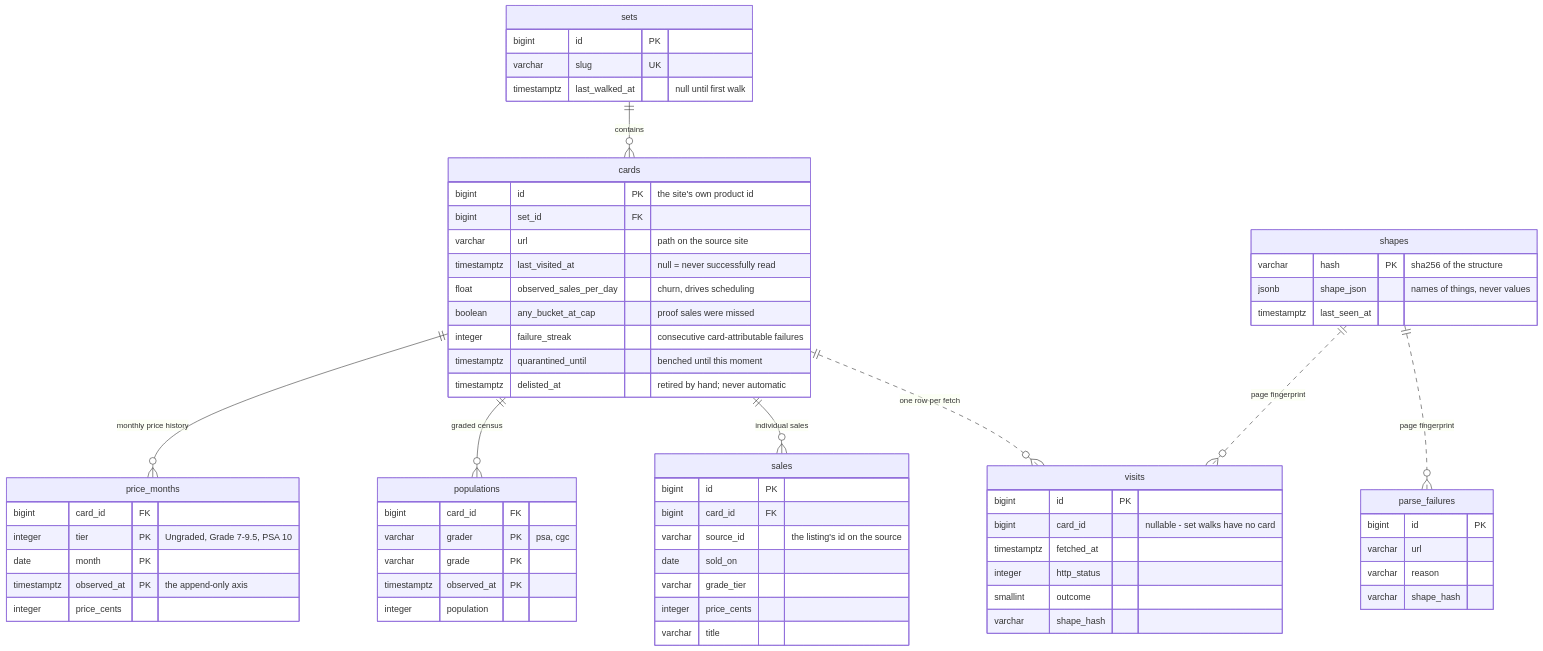
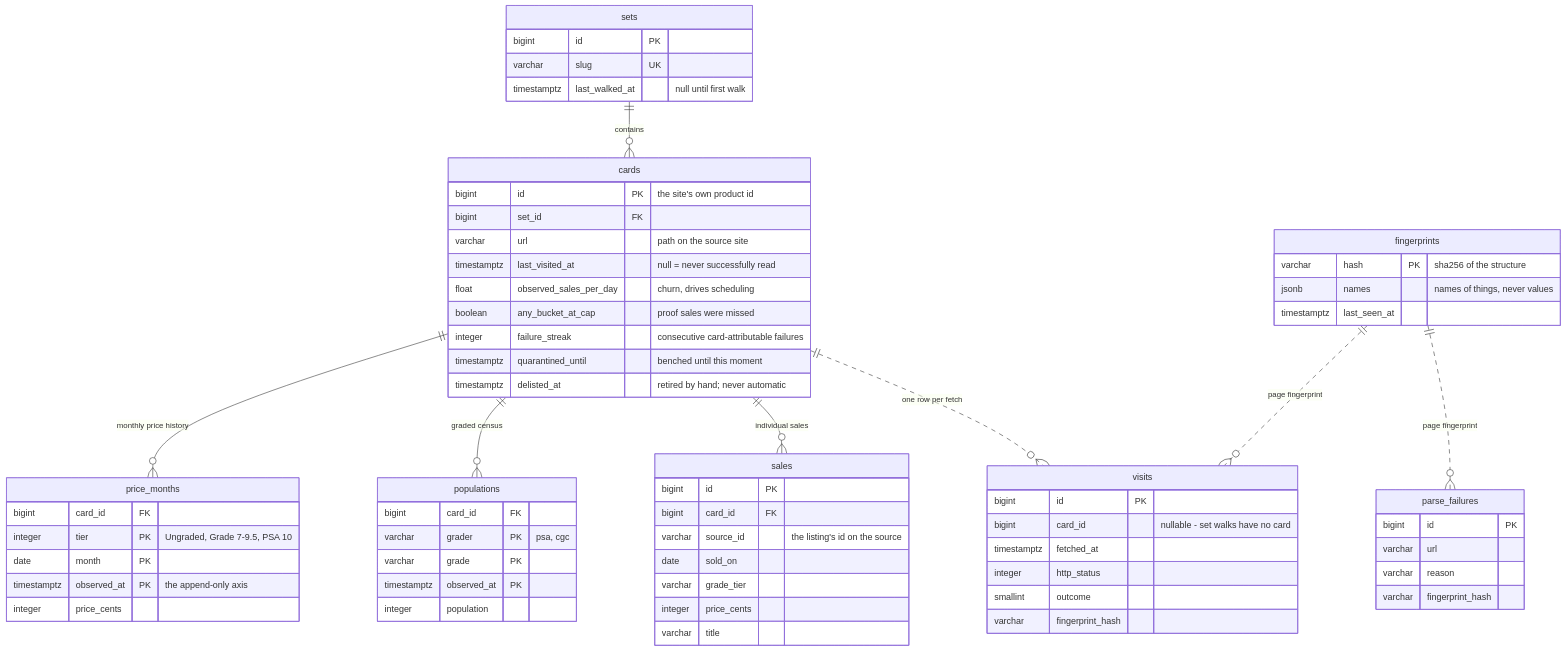
The diagram in README.md (bushscott/PokemonInvestBatch), drawn with Mermaid before and after one commit. The commit also changed other lines of this file and 2 other files, not shown here.

Commit message:
The map and the glossary learn the new word
The ER diagram, the grant recipe and both glossary entries follow the rename.
The fingerprint entry also drops "structure-only hash (layout, not values)",
which was the description that made the alarm sound like it meant more than
it did.

````diff
--- a/README.md
+++ b/README.md
@@ -213,69 +213,69 @@
 ```mermaid
 erDiagram
     sets  ||--o{ cards          : "contains"
     cards ||--o{ price_months   : "monthly price history"
     cards ||--o{ populations    : "graded census"
     cards ||--o{ sales          : "individual sales"
     cards ||..o{ visits         : "one row per fetch"
-    shapes ||..o{ visits        : "page fingerprint"
-    shapes ||..o{ parse_failures : "page fingerprint"
+    fingerprints ||..o{ visits        : "page fingerprint"
+    fingerprints ||..o{ parse_failures : "page fingerprint"
 
     sets {
         bigint      id             PK
         varchar     slug           UK
         timestamptz last_walked_at "null until first walk"
     }
     cards {
         bigint      id                     PK "the site's own product id"
         bigint      set_id                 FK
         varchar     url                    "path on the source site"
         timestamptz last_visited_at        "null = never successfully read"
         float       observed_sales_per_day "churn, drives scheduling"
         boolean     any_bucket_at_cap      "proof sales were missed"
         integer     failure_streak         "consecutive card-attributable failures"
         timestamptz quarantined_until      "benched until this moment"
         timestamptz delisted_at            "retired by hand; never automatic"
     }
     price_months {
         bigint      card_id     FK
         integer     tier        PK "Ungraded, Grade 7-9.5, PSA 10"
         date        month       PK
         timestamptz observed_at PK "the append-only axis"
         integer     price_cents
     }
     populations {
         bigint      card_id     FK
         varchar     grader      PK "psa, cgc"
         varchar     grade       PK
         timestamptz observed_at PK
         integer     population
     }
     sales {
         bigint      id           PK
         bigint      card_id      FK
         varchar     source_id    "the listing's id on the source"
         date        sold_on
         varchar     grade_tier
         integer     price_cents
         varchar     title
     }
     visits {
         bigint      id          PK
         bigint      card_id     "nullable - set walks have no card"
         timestamptz fetched_at
         integer     http_status
         smallint    outcome
-        varchar     shape_hash
+        varchar     fingerprint_hash
     }
-    shapes {
+    fingerprints {
         varchar     hash          PK "sha256 of the structure"
-        jsonb       shape_json    "names of things, never values"
+        jsonb       names    "names of things, never values"
         timestamptz last_seen_at
     }
     parse_failures {
         bigint      id      PK
         varchar     url
         varchar     reason
-        varchar     shape_hash
+        varchar     fingerprint_hash
     }
 ```
````
